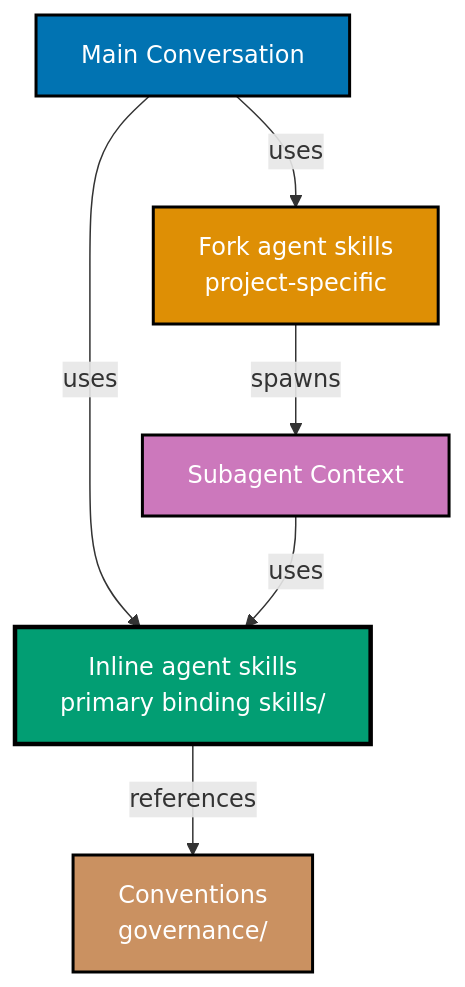
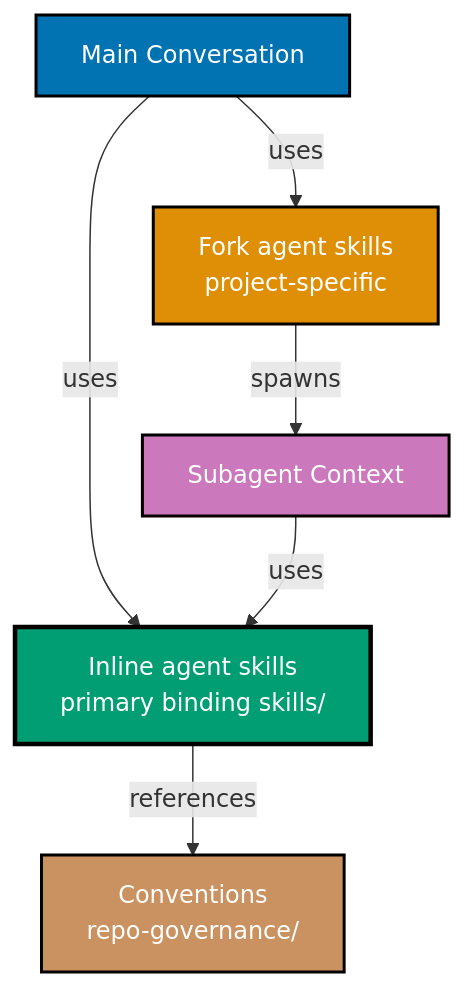
The diagram in repo-governance/development/agents/skill-context-architecture.md (wahidyankf/ose-primer), drawn with Mermaid before and after one commit. The commit also changed 464 other files, not shown here.

First line of the commit message:
refactor(governance): rename governance/ to repo-governance/

````diff
--- a/repo-governance/development/agents/skill-context-architecture.md
+++ b/repo-governance/development/agents/skill-context-architecture.md
@@ -228,21 +228,21 @@
 ```mermaid
 graph TD
     MC[Main Conversation]
     IS[Inline agent skills<br/>primary binding skills/]
     FS[Fork agent skills<br/>project-specific]
-    CONV[Conventions<br/>governance/]
+    CONV[Conventions<br/>repo-governance/]
     SA[Subagent Context]
 
     MC -- uses --> IS
     MC -- uses --> FS
     FS -- spawns --> SA
     IS -- references --> CONV
     SA -- uses --> IS
     %% SA cannot use FS (architectural constraint: subagents cannot spawn subagents)
 
     style MC fill:#0173B2,stroke:#000000,color:#FFFFFF,stroke-width:2px
     style SA fill:#CC78BC,stroke:#000000,color:#FFFFFF,stroke-width:2px
     style IS fill:#029E73,stroke:#000000,color:#FFFFFF,stroke-width:3px
     style FS fill:#DE8F05,stroke:#000000,color:#FFFFFF,stroke-width:2px
     style CONV fill:#CA9161,stroke:#000000,color:#FFFFFF,stroke-width:2px
 ```
````
